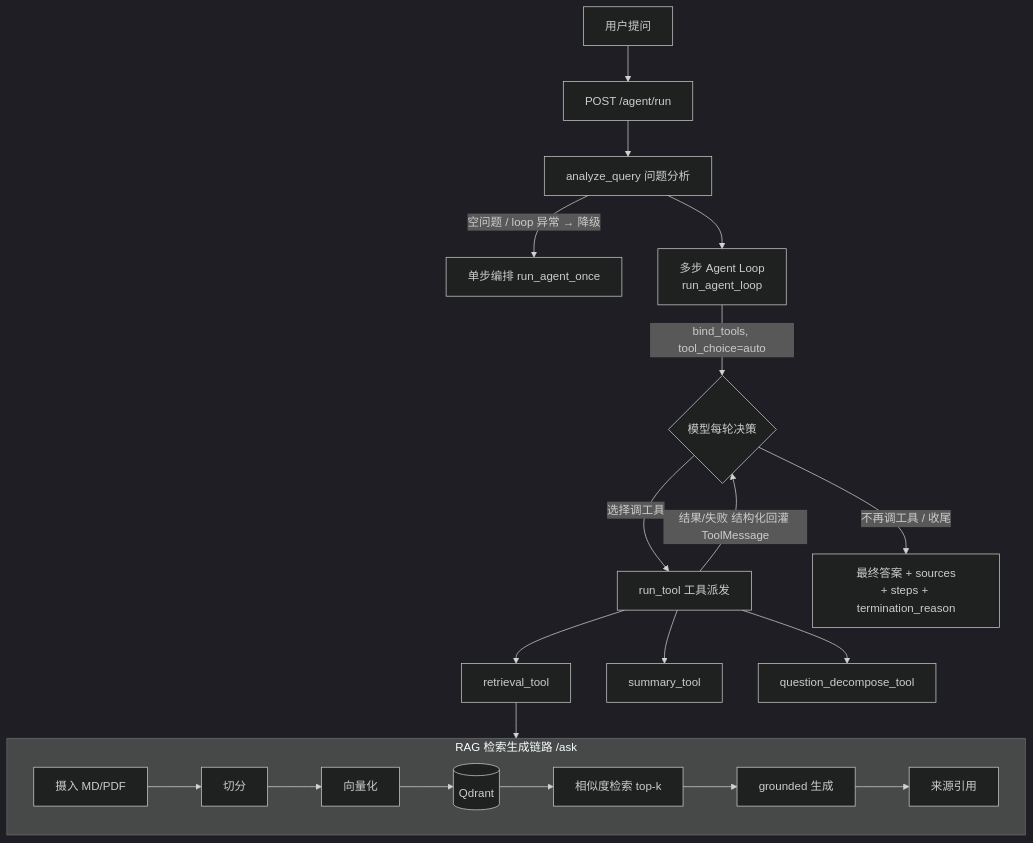
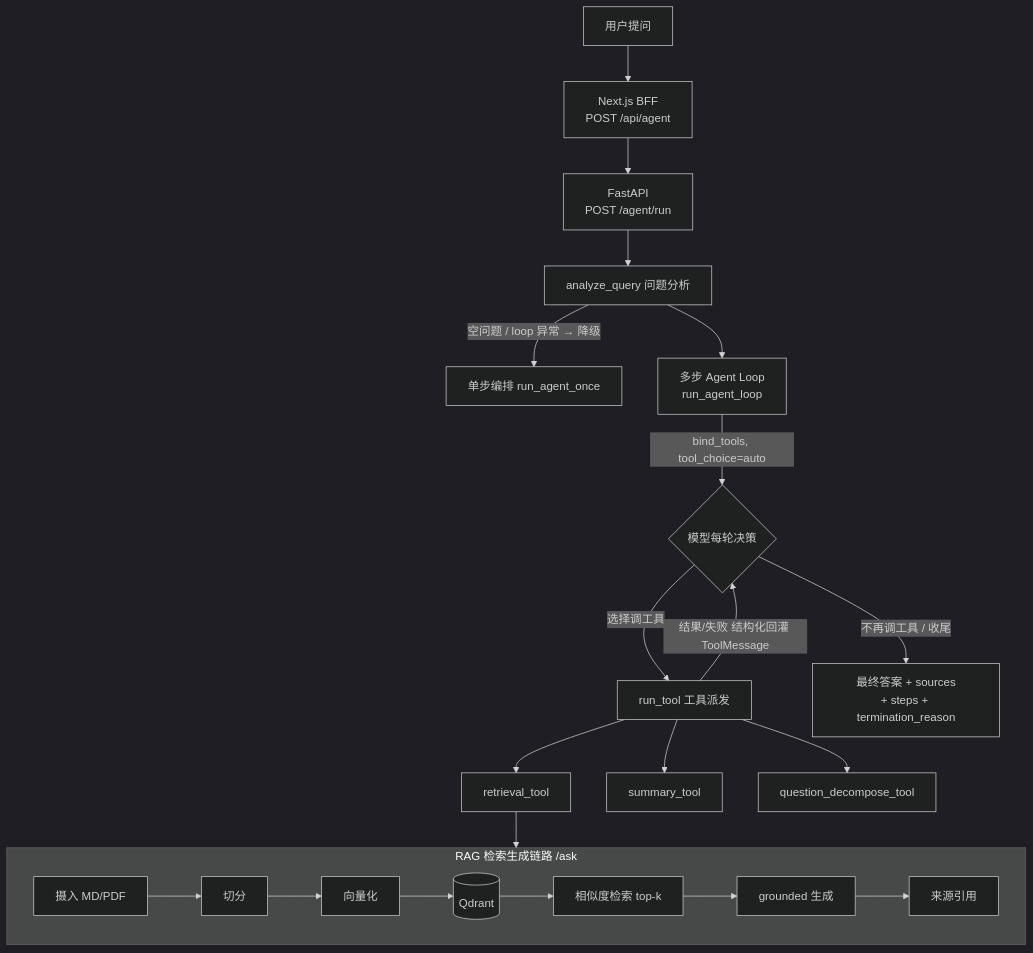
One commit to XMDiven/rag-agent-platform changed the diagram in README.md. Above: the diagram before and after it, drawn with Mermaid (dark theme). The commit also changed other lines of this file and 9 other files, not shown here.

Commit message:
feat: expose agent steps through frontend BFF

````diff
--- a/README.md
+++ b/README.md
@@ -21,23 +21,24 @@
 ```mermaid
 flowchart TD
-    U[用户提问] --> EP[POST /agent/run]
+    U[用户提问] --> BFF[Next.js BFF<br/>POST /api/agent]
+    BFF --> EP[FastAPI<br/>POST /agent/run]
     EP --> AQ[analyze_query 问题分析]
     AQ -->|空问题 / loop 异常 → 降级| ONCE[单步编排 run_agent_once]
     AQ --> LOOP[多步 Agent Loop<br/>run_agent_loop]
 
     LOOP -->|bind_tools, tool_choice=auto| DEC{模型每轮决策}
     DEC -->|选择调工具| DISP[run_tool 工具派发]
     DISP --> RTOOL[retrieval_tool]
     DISP --> STOOL[summary_tool]
     DISP --> QTOOL[question_decompose_tool]
     DISP -->|结果/失败 结构化回灌 ToolMessage| DEC
     DEC -->|不再调工具 / 收尾| OUT[最终答案 + sources<br/>+ steps + termination_reason]
 
     RTOOL --> RAG
 
     subgraph RAG [RAG 检索生成链路 /ask]
         direction LR
         ING[摄入 MD/PDF] --> CHK[切分] --> EMB[向量化] --> VDB[(Qdrant)]
         VDB --> RET[相似度检索 top-k] --> GEN[grounded 生成] --> CITE[来源引用]
     end
 ```
````
